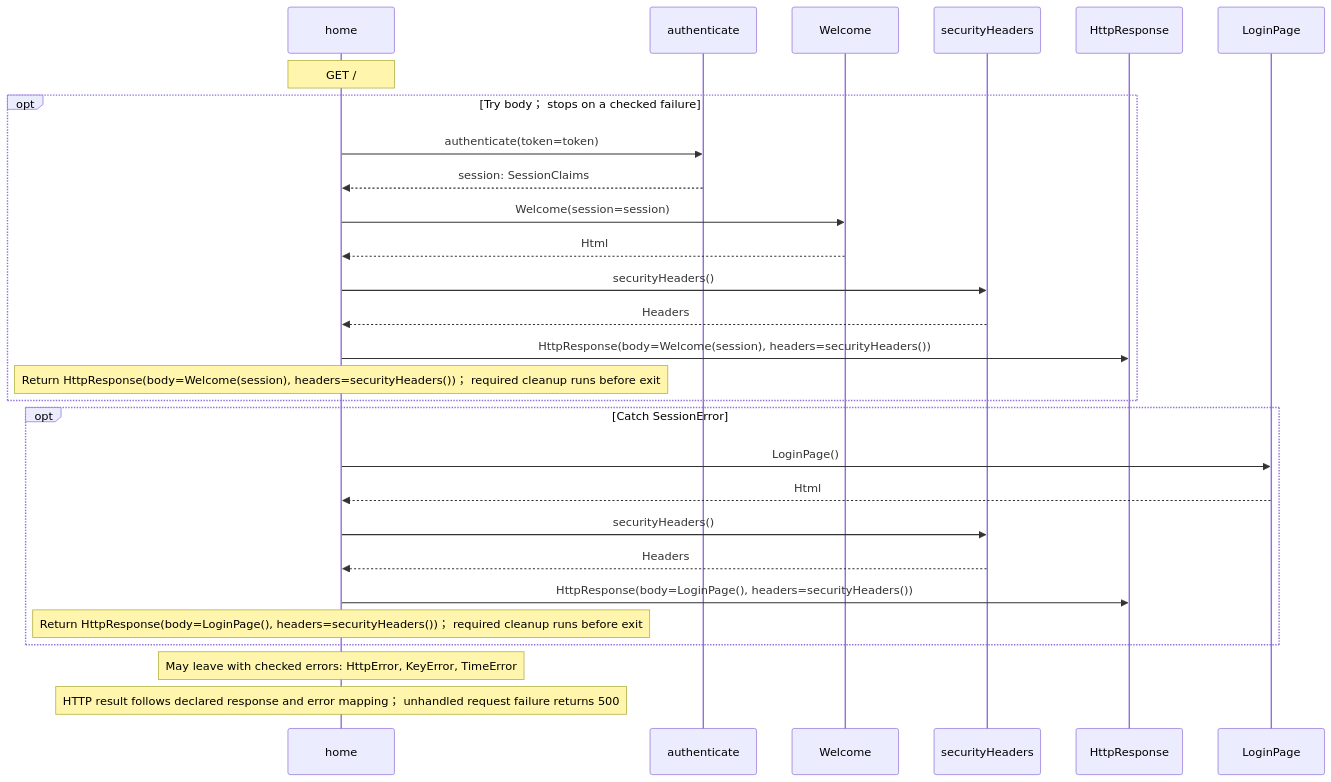
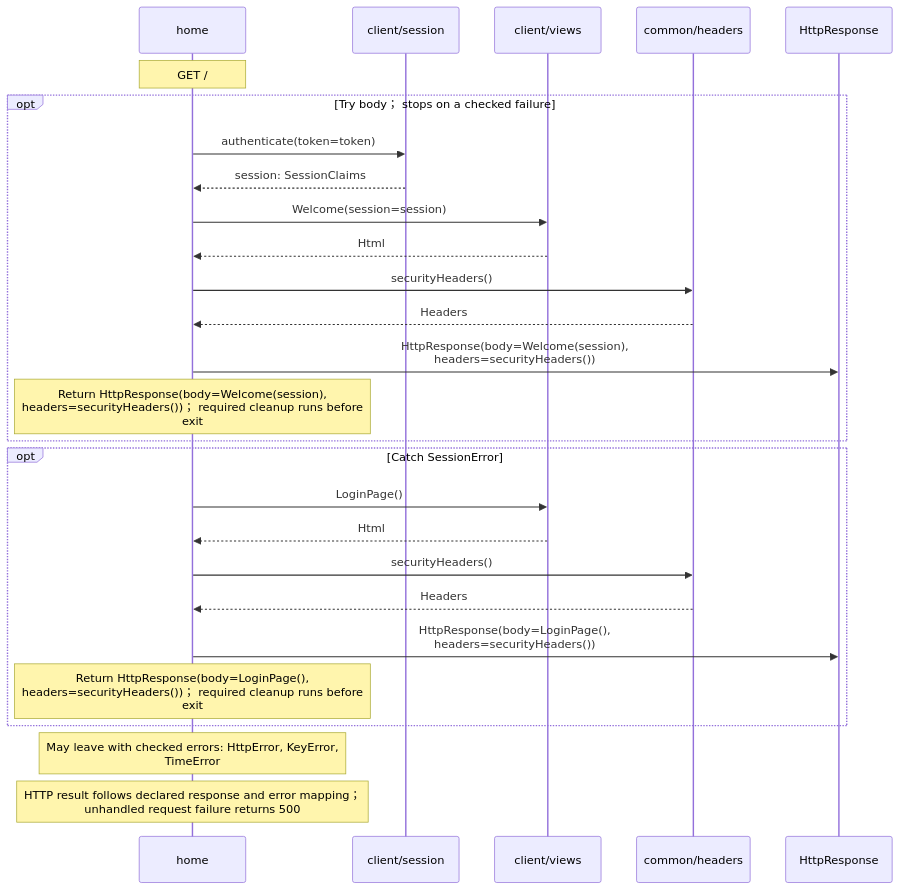
The third of 4 diagrams in docs/examples/oidc-login/client/endpoints-diagrams.md (GreenPandaStudios/augscript), drawn with Mermaid before and after one commit. The commit also changed other lines of this file and 200 other files, not shown here.

Commit message:
Group imported operations and wrap readable sequence messages

````diff
--- a/docs/examples/oidc-login/client/endpoints-diagrams.md
+++ b/docs/examples/oidc-login/client/endpoints-diagrams.md
@@ -79,30 +79,29 @@
 ```mermaid
 sequenceDiagram
     participant p0 as home
-    participant p1 as authenticate
-    participant p2 as Welcome
-    participant p3 as securityHeaders
+    participant p1 as client/session
+    participant p2 as client/views
+    participant p3 as common/headers
     participant p4 as HttpResponse
-    participant p5 as LoginPage
     Note over p0: GET /
     opt Try body； stops on a checked failure
     p0->>p1: authenticate(token=token)
     p1-->>p0: session: SessionClaims
     p0->>p2: Welcome(session=session)
     p2-->>p0: Html
     p0->>p3: securityHeaders()
     p3-->>p0: Headers
-    p0->>p4: HttpResponse(body=Welcome(session), headers=securityHeaders())
-    Note over p0: Return HttpResponse(body=Welcome(session), headers=securityHeaders())； required cleanup runs before exit
+    p0->>p4: HttpResponse(body=Welcome(session),<br/>headers=securityHeaders())
+    Note over p0: Return HttpResponse(body=Welcome(session),<br/>headers=securityHeaders())； required cleanup runs before<br/>exit
     end
     opt Catch SessionError
-    p0->>p5: LoginPage()
-    p5-->>p0: Html
+    p0->>p2: LoginPage()
+    p2-->>p0: Html
     p0->>p3: securityHeaders()
     p3-->>p0: Headers
-    p0->>p4: HttpResponse(body=LoginPage(), headers=securityHeaders())
-    Note over p0: Return HttpResponse(body=LoginPage(), headers=securityHeaders())； required cleanup runs before exit
+    p0->>p4: HttpResponse(body=LoginPage(),<br/>headers=securityHeaders())
+    Note over p0: Return HttpResponse(body=LoginPage(),<br/>headers=securityHeaders())； required cleanup runs before<br/>exit
     end
-    Note over p0: May leave with checked errors: HttpError, KeyError, TimeError
-    Note over p0: HTTP result follows declared response and error mapping； unhandled request failure returns 500
+    Note over p0: May leave with checked errors: HttpError, KeyError,<br/>TimeError
+    Note over p0: HTTP result follows declared response and error mapping；<br/>unhandled request failure returns 500
 ```
````
